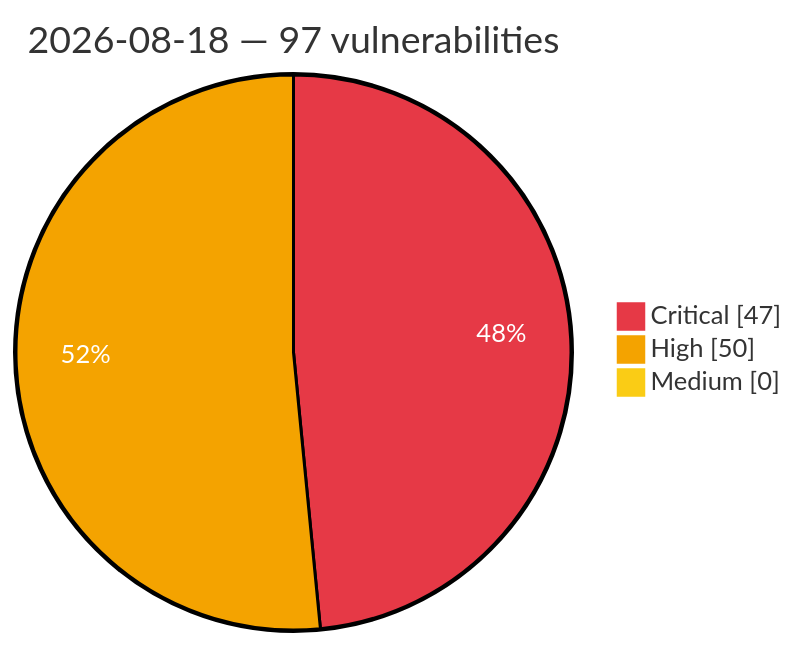
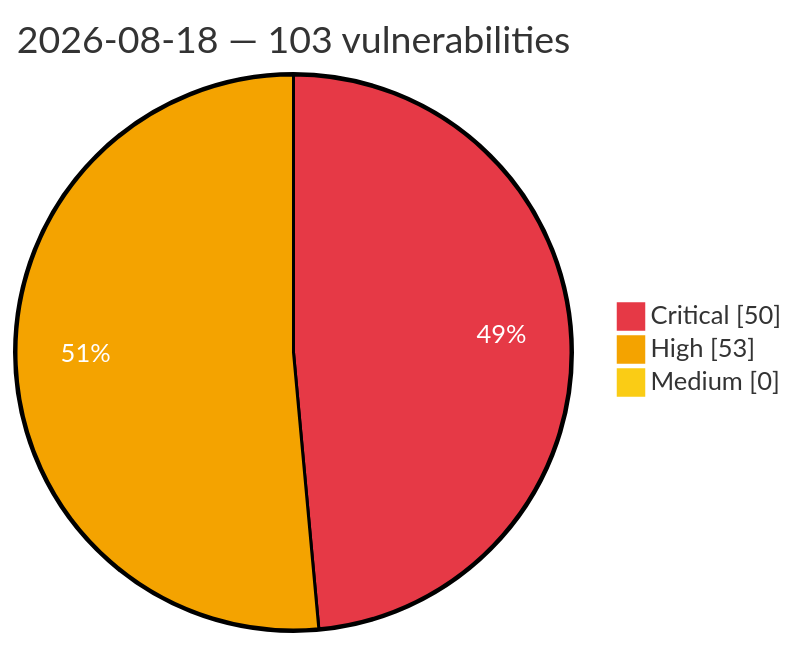
One commit to GhostX0X/vuln-tracker changed the diagram in vulnerabilities/2026/August/2026-08-18.md. Above: the diagram before and after it, drawn with Mermaid. The commit also changed other lines of this file and 5 other files, not shown here.

Commit message:
Auto update: critical/high vulns (2026-08-18 21:47 UTC)

````diff
--- a/vulnerabilities/2026/August/2026-08-18.md
+++ b/vulnerabilities/2026/August/2026-08-18.md
@@ -3,8 +3,8 @@
 ```mermaid
 %%{init: {'theme':'base', 'themeVariables': {'pie1':'#e63946', 'pie2':'#f4a300', 'pie3':'#facc15', 'pieOpacity':'1', 'pieOuterStrokeWidth':'2px', 'pieSectionTextColor':'#ffffff'}}}%%
 pie showData
-    title 2026-08-18 — 97 vulnerabilities
-    "Critical" : 47
-    "High" : 50
+    title 2026-08-18 — 103 vulnerabilities
+    "Critical" : 50
+    "High" : 53
     "Medium" : 0
 ```
````
